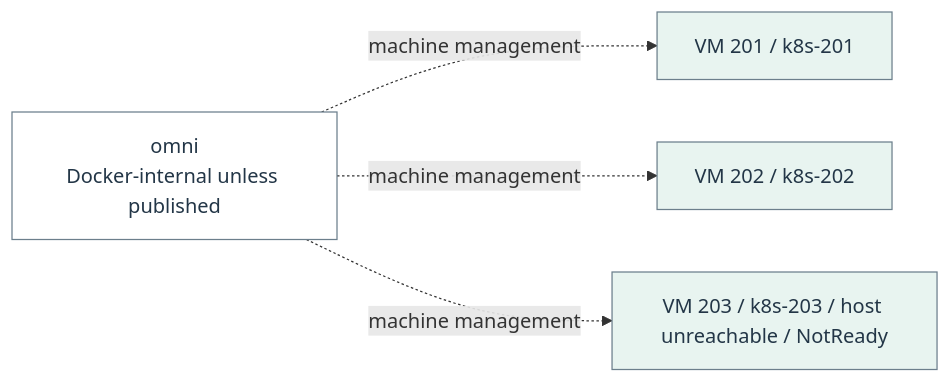
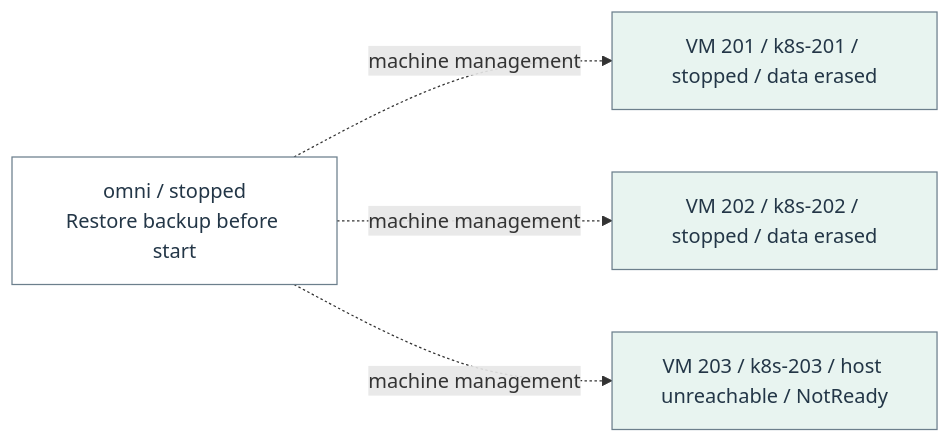
One commit to Harsh-2002/Homelab changed diagram 20 of 22 in docs/architecture/homelab-mermaid.md. Above: the diagram before and after it, drawn with Mermaid. The commit also changed other lines of this file and 77 other files, not shown here.

````diff
--- a/docs/architecture/homelab-mermaid.md
+++ b/docs/architecture/homelab-mermaid.md
@@ -584,14 +590,14 @@
 ```mermaid
 flowchart LR
-  n_flow_16_0["omni<br/>Docker-internal unless published"]
-  n_flow_16_1["VM 201 / k8s-201"]
-  n_flow_16_2["VM 202 / k8s-202"]
+  n_flow_16_0["omni / stopped<br/>Restore backup before start"]
+  n_flow_16_1["VM 201 / k8s-201 / stopped / data erased"]
+  n_flow_16_2["VM 202 / k8s-202 / stopped / data erased"]
   n_flow_16_3["VM 203 / k8s-203 / host unreachable / NotReady"]
   n_flow_16_0 -.->|"machine management"| n_flow_16_1
   n_flow_16_0 -.->|"machine management"| n_flow_16_2
   n_flow_16_0 -.->|"machine management"| n_flow_16_3
   classDef c_flow_16_0 fill:#ffffff,stroke:#6c7f8c,color:#233647;
   class n_flow_16_0 c_flow_16_0;
   classDef c_flow_16_1 fill:#e8f4f0,stroke:#6c7f8c,color:#233647;
   class n_flow_16_1,n_flow_16_2,n_flow_16_3 c_flow_16_1;
 ```
````
